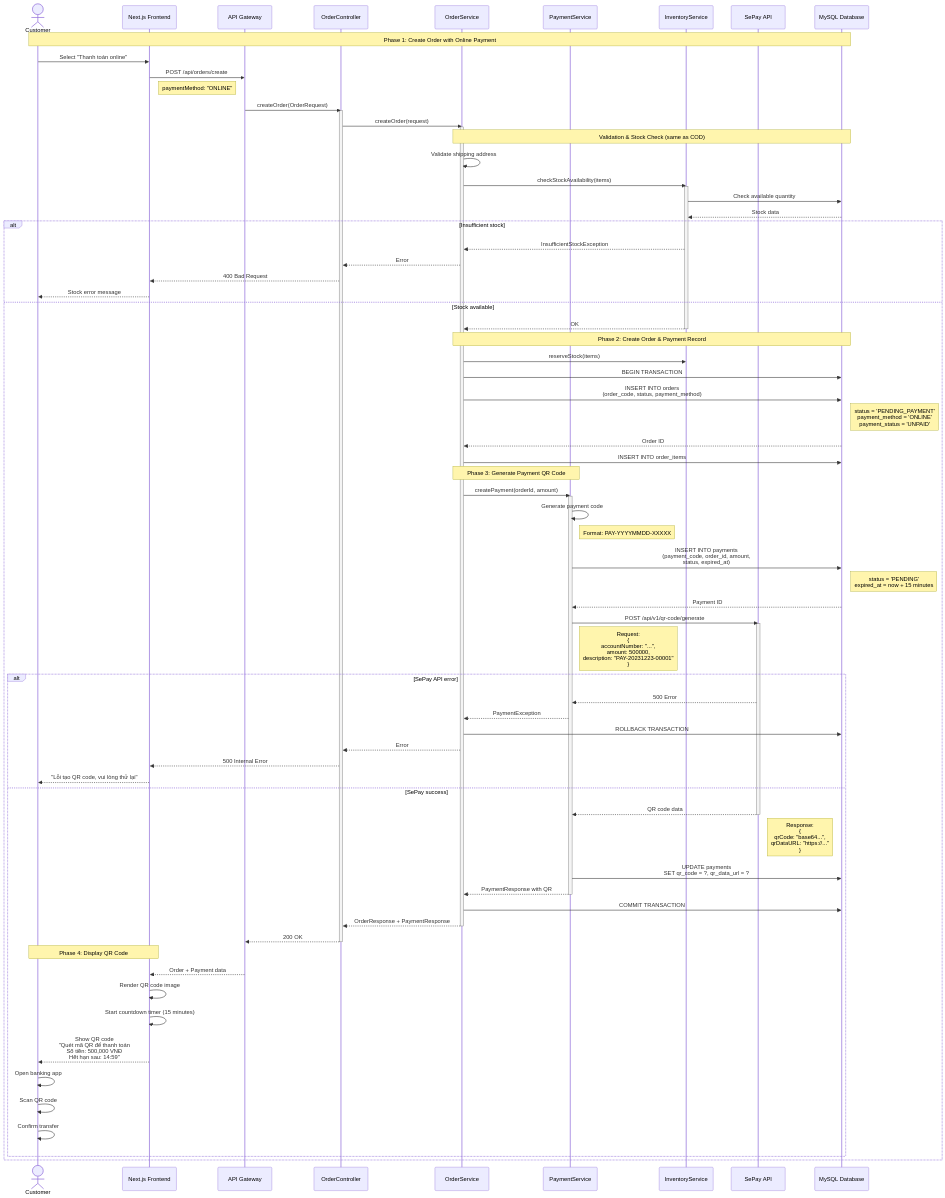
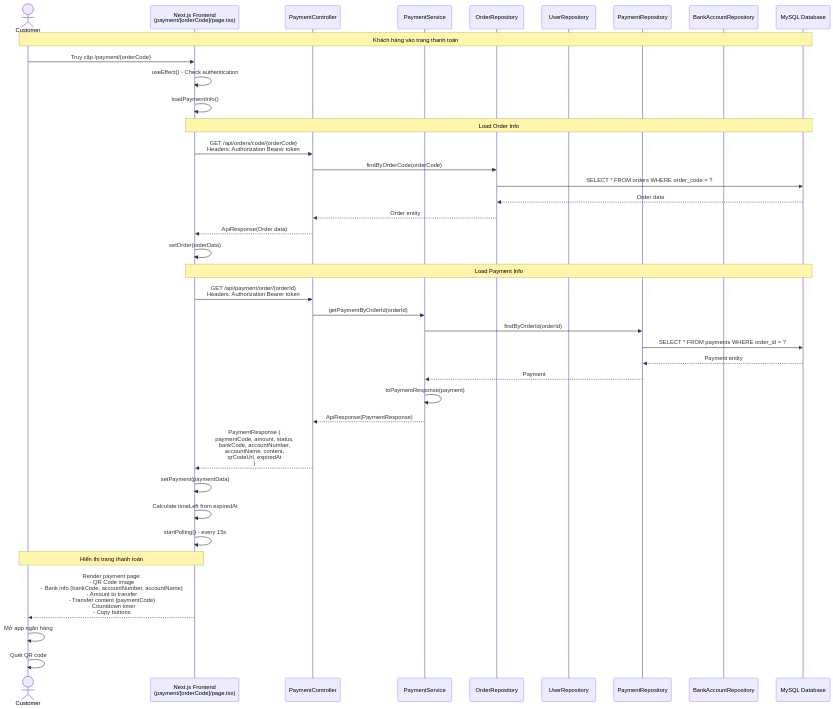
The second of 3 diagrams in .kiro/specs/bao-cao-do-an/sequence-diagram-order-flow.md (Mvuong1523/Do-an-tot-nghiep), drawn with Mermaid before and after one commit. The commit also changed other lines of this file and 15 other files, not shown here.

````diff
--- a/.kiro/specs/bao-cao-do-an/sequence-diagram-order-flow.md
+++ b/.kiro/specs/bao-cao-do-an/sequence-diagram-order-flow.md
@@ -195,101 +105,49 @@
 ```mermaid
 sequenceDiagram
     actor Customer
-    participant UI as Next.js Frontend
-    participant API as API Gateway
-    participant OrderCtrl as OrderController
-    participant OrderSvc as OrderService
+    participant FE as Next.js Frontend<br/>(payment/[orderCode]/page.tsx)
+    participant PaymentCtrl as PaymentController
     participant PaymentSvc as PaymentService
-    participant InvSvc as InventoryService
-    participant SePay as SePay API
+    participant OrderRepo as OrderRepository
+    participant UserRepo as UserRepository
+    participant PaymentRepo as PaymentRepository
+    participant BankAccRepo as BankAccountRepository
     participant DB as MySQL Database
     
-    Note over Customer,DB: Phase 1: Create Order with Online Payment
-    Customer->>UI: Select "Thanh toán online"
-    UI->>API: POST /api/orders/create
-    Note right of UI: paymentMethod: "ONLINE"
+    Note over Customer,DB: Khách hàng vào trang thanh toán
+    Customer->>FE: Truy cập /payment/{orderCode}
     
-    API->>OrderCtrl: createOrder(OrderRequest)
-    activate OrderCtrl
+    FE->>FE: useEffect() - Check authentication
+    FE->>FE: loadPaymentInfo()
     
-    OrderCtrl->>OrderSvc: createOrder(request)
-    activate OrderSvc
+    Note over FE,DB: Load Order Info
+    FE->>PaymentCtrl: GET /api/orders/code/{orderCode}<br/>Headers: Authorization Bearer token
+    PaymentCtrl->>OrderRepo: findByOrderCode(orderCode)
+    OrderRepo->>DB: SELECT * FROM orders WHERE order_code = ?
+    DB-->>OrderRepo: Order data
+    OrderRepo-->>PaymentCtrl: Order entity
+    PaymentCtrl-->>FE: ApiResponse(Order data)
     
-    Note over OrderSvc,DB: Validation & Stock Check (same as COD)
-    OrderSvc->>OrderSvc: Validate shipping address
-    OrderSvc->>InvSvc: checkStockAvailability(items)
-    activate InvSvc
-    InvSvc->>DB: Check available quantity
-    DB-->>InvSvc: Stock data
+    FE->>FE: setOrder(orderData)
     
-    alt Insufficient stock
-        InvSvc-->>OrderSvc: InsufficientStockException
-        OrderSvc-->>OrderCtrl: Error
-        OrderCtrl-->>UI: 400 Bad Request
-        UI-->>Customer: Stock error message
-    else Stock available
-        InvSvc-->>OrderSvc: OK
-        deactivate InvSvc
-        
-        Note over OrderSvc,DB: Phase 2: Create Order & Payment Record
-        OrderSvc->>InvSvc: reserveStock(items)
-        
-        OrderSvc->>DB: BEGIN TRANSACTION
-        
-        OrderSvc->>DB: INSERT INTO orders<br/>(order_code, status, payment_method)
-        Note right of DB: status = 'PENDING_PAYMENT'<br/>payment_method = 'ONLINE'<br/>payment_status = 'UNPAID'
-        DB-->>OrderSvc: Order ID
-        
-        OrderSvc->>DB: INSERT INTO order_items
-        
-        Note over OrderSvc,PaymentSvc: Phase 3: Generate Payment QR Code
-        OrderSvc->>PaymentSvc: createPayment(orderId, amount)
-        activate PaymentSvc
-        
-        PaymentSvc->>PaymentSvc: Generate payment code
-        Note right of PaymentSvc: Format: PAY-YYYYMMDD-XXXXX
-        
-        PaymentSvc->>DB: INSERT INTO payments<br/>(payment_code, order_id, amount,<br/>status, expired_at)
-        Note right of DB: status = 'PENDING'<br/>expired_at = now + 15 minutes
-        DB-->>PaymentSvc: Payment ID
-        
-        PaymentSvc->>SePay: POST /api/v1/qr-code/generate
-        activate SePay
-        Note right of PaymentSvc: Request:<br/>{<br/>  accountNumber: "...",<br/>  amount: 500000,<br/>  description: "PAY-20231223-00001"<br/>}
-        
-        alt SePay API error
-            SePay-->>PaymentSvc: 500 Error
-            PaymentSvc-->>OrderSvc: PaymentException
-            OrderSvc->>DB: ROLLBACK TRANSACTION
-            OrderSvc-->>OrderCtrl: Error
-            OrderCtrl-->>UI: 500 Internal Error
-            UI-->>Customer: "Lỗi tạo QR code, vui lòng thử lại"
-        else SePay success
-            SePay-->>PaymentSvc: QR code data
-            deactivate SePay
-            Note right of SePay: Response:<br/>{<br/>  qrCode: "base64...",<br/>  qrDataURL: "https://..."<br/>}
-            
-            PaymentSvc->>DB: UPDATE payments<br/>SET qr_code = ?, qr_data_url = ?
-            
-            PaymentSvc-->>OrderSvc: PaymentResponse with QR
-            deactivate PaymentSvc
-            
-            OrderSvc->>DB: COMMIT TRANSACTION
-            
-            OrderSvc-->>OrderCtrl: OrderResponse + PaymentResponse
-            deactivate OrderSvc
-            OrderCtrl-->>API: 200 OK
-            deactivate OrderCtrl
-            
-            Note over UI,Customer: Phase 4: Display QR Code
-            API-->>UI: Order + Payment data
-            UI->>UI: Render QR code image
-            UI->>UI: Start countdown timer (15 minutes)
-            UI-->>Customer: Show QR code<br/>"Quét mã QR để thanh toán<br/>Số tiền: 500,000 VNĐ<br/>Hết hạn sau: 14:59"
-            
-            Customer->>Customer: Open banking app
-            Customer->>Customer: Scan QR code
-            Customer->>Customer: Confirm transfer
-        end
-    end
+    Note over FE,DB: Load Payment Info
+    FE->>PaymentCtrl: GET /api/payment/order/{orderId}<br/>Headers: Authorization Bearer token
+    PaymentCtrl->>PaymentSvc: getPaymentByOrderId(orderId)
+    PaymentSvc->>PaymentRepo: findByOrderId(orderId)
+    PaymentRepo->>DB: SELECT * FROM payments WHERE order_id = ?
+    DB-->>PaymentRepo: Payment entity
+    PaymentRepo-->>PaymentSvc: Payment
+    PaymentSvc->>PaymentSvc: toPaymentResponse(payment)
+    PaymentSvc-->>PaymentCtrl: ApiResponse(PaymentResponse)
+    PaymentCtrl-->>FE: PaymentResponse {<br/>paymentCode, amount, status,<br/>bankCode, accountNumber,<br/>accountName, content,<br/>qrCodeUrl, expiredAt<br/>}
+    
+    FE->>FE: setPayment(paymentData)
+    FE->>FE: Calculate timeLeft from expiredAt
+    FE->>FE: startPolling() - every 15s
+    
+    Note over FE,Customer: Hiển thị trang thanh toán
+    FE-->>Customer: Render payment page:<br/>- QR Code image<br/>- Bank info (bankCode, accountNumber, accountName)<br/>- Amount to transfer<br/>- Transfer content (paymentCode)<br/>- Countdown timer<br/>- Copy buttons
+    
+    Customer->>Customer: Mở app ngân hàng
+    Customer->>Customer: Quét QR code
 ```
````
